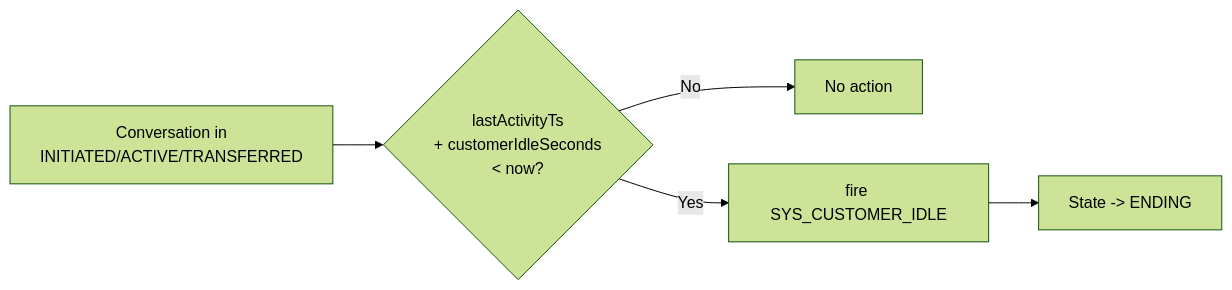
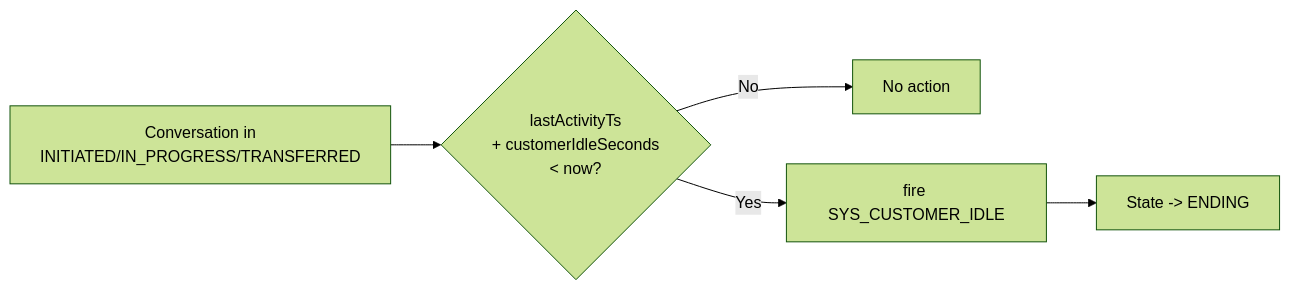
One commit to huangzhiqiu/ai-knowledge-design changed the third of 7 diagrams in 08-Code/state-machine/docs/03-State-Transition-Diagrams.md. Above: the diagram before and after it, drawn with Mermaid (forest theme). The commit also changed other lines of this file and 23 other files, not shown here.

````diff
--- a/08-Code/state-machine/docs/03-State-Transition-Diagrams.md
+++ b/08-Code/state-machine/docs/03-State-Transition-Diagrams.md
@@ -170,7 +170,7 @@
 ```mermaid
 flowchart LR
-    A[Conversation in<br/>INITIATED/ACTIVE/TRANSFERRED] --> B{lastActivityTs<br/>+ customerIdleSeconds<br/>< now?}
+    A[Conversation in<br/>INITIATED/IN_PROGRESS/TRANSFERRED] --> B{lastActivityTs<br/>+ customerIdleSeconds<br/>< now?}
     B -->|No| C[No action]
     B -->|Yes| D[fire SYS_CUSTOMER_IDLE]
     D --> E[State -> ENDING]
 ```
````
